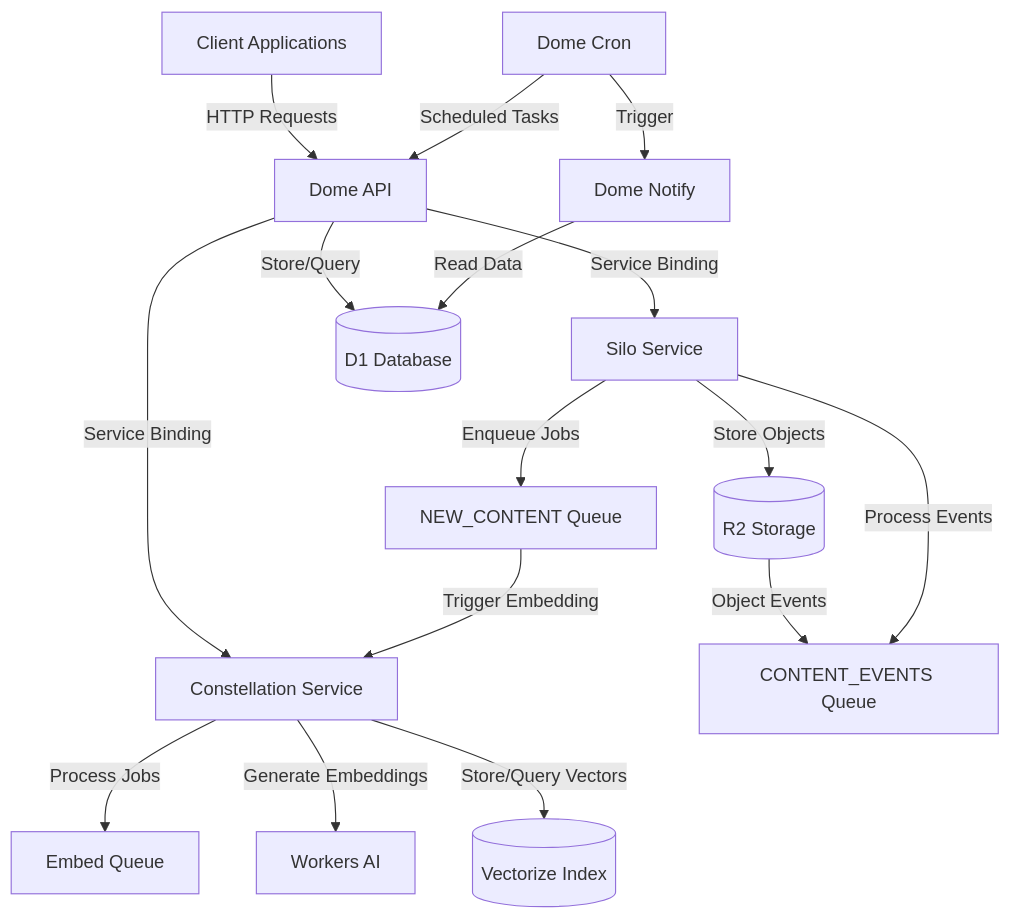
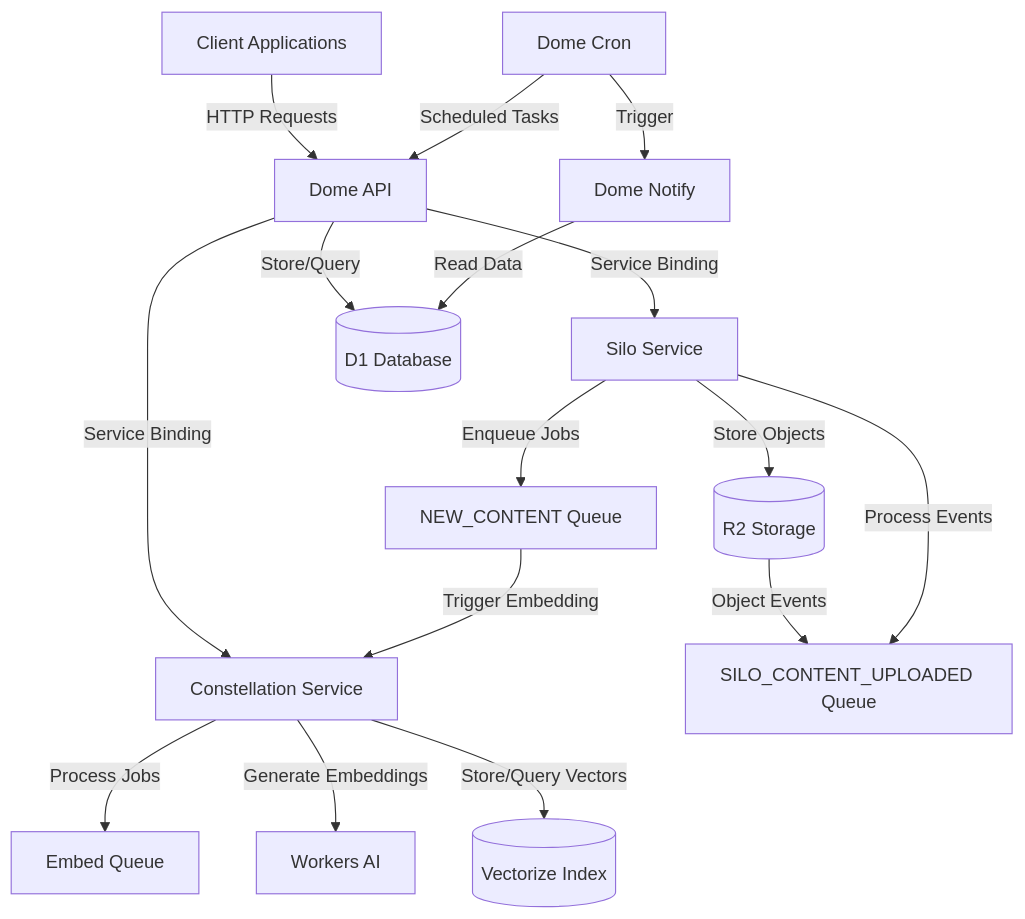
Before and after one commit to marktoda/dome: the first of 3 diagrams in README.md, drawn with Mermaid. The commit also changed 43 other files, not shown here.

````diff
--- a/README.md
+++ b/README.md
@@ -9,23 +9,23 @@
 ```mermaid
 graph TD
     Client[Client Applications] -->|HTTP Requests| DomeAPI[Dome API]
 
     DomeAPI -->|Service Binding| Constellation[Constellation Service]
     DomeAPI -->|Service Binding| Silo[Silo Service]
     DomeAPI -->|Store/Query| D1[(D1 Database)]
 
     Silo -->|Store Objects| R2[(R2 Storage)]
     Silo -->|Enqueue Jobs| NEW_CONTENT[NEW_CONTENT Queue]
-    R2 -->|Object Events| CONTENT_EVENTS[CONTENT_EVENTS Queue]
-    Silo -->|Process Events| CONTENT_EVENTS
+    R2 -->|Object Events| SILO_CONTENT_UPLOADED[SILO_CONTENT_UPLOADED Queue]
+    Silo -->|Process Events| SILO_CONTENT_UPLOADED
 
     Constellation -->|Process Jobs| EMBED_QUEUE[Embed Queue]
     Constellation -->|Generate Embeddings| WorkersAI[Workers AI]
     Constellation -->|Store/Query Vectors| Vectorize[(Vectorize Index)]
 
     NEW_CONTENT -->|Trigger Embedding| Constellation
 
     DomeCron[Dome Cron] -->|Scheduled Tasks| DomeAPI
     DomeCron -->|Trigger| DomeNotify[Dome Notify]
     DomeNotify -->|Read Data| D1
 ```
````
